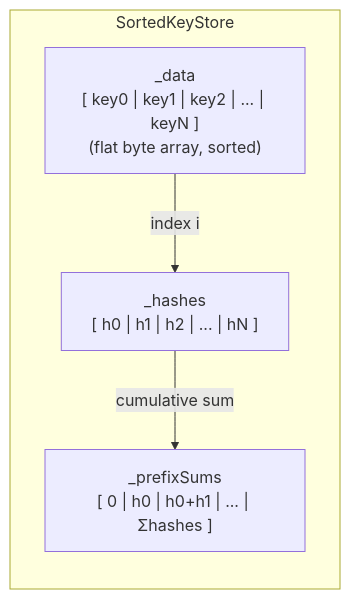
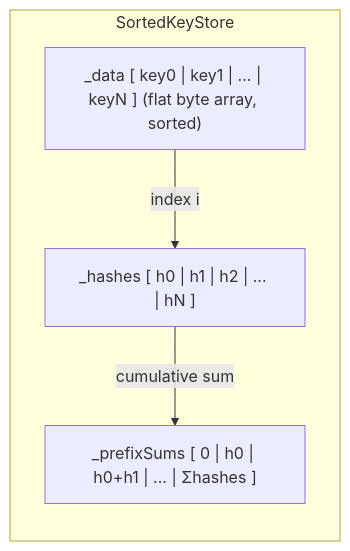
One commit to arj03/setsum-cs changed the fifth of 7 diagrams in SetSum/Sync/README.md. Above: the diagram before and after it, drawn with Mermaid. The commit also changed other lines of this file and 4 other files, not shown here.

````diff
--- a/SetSum/Sync/README.md
+++ b/SetSum/Sync/README.md
@@ -139,12 +139,12 @@
 ```mermaid
 graph LR
     subgraph SortedKeyStore
         direction TB
-        D["_data\n[ key0 | key1 | key2 | ... | keyN ]\n(flat byte array, sorted)"]
-        H["_hashes\n[ h0 | h1 | h2 | ... | hN ]"]
-        P["_prefixSums\n[ 0 | h0 | h0+h1 | ... | Σhashes ]"]
+        D["_data [ key0 | key1 | ... | keyN ] (flat byte array, sorted)"]
+        H["_hashes [ h0 | h1 | h2 | ... | hN ]"]
+        P["_prefixSums [ 0 | h0 | h0+h1 | ... | Σhashes ]"]
     end
 
     D -- "index i" --> H
     H -- "cumulative sum" --> P
 ```
````
